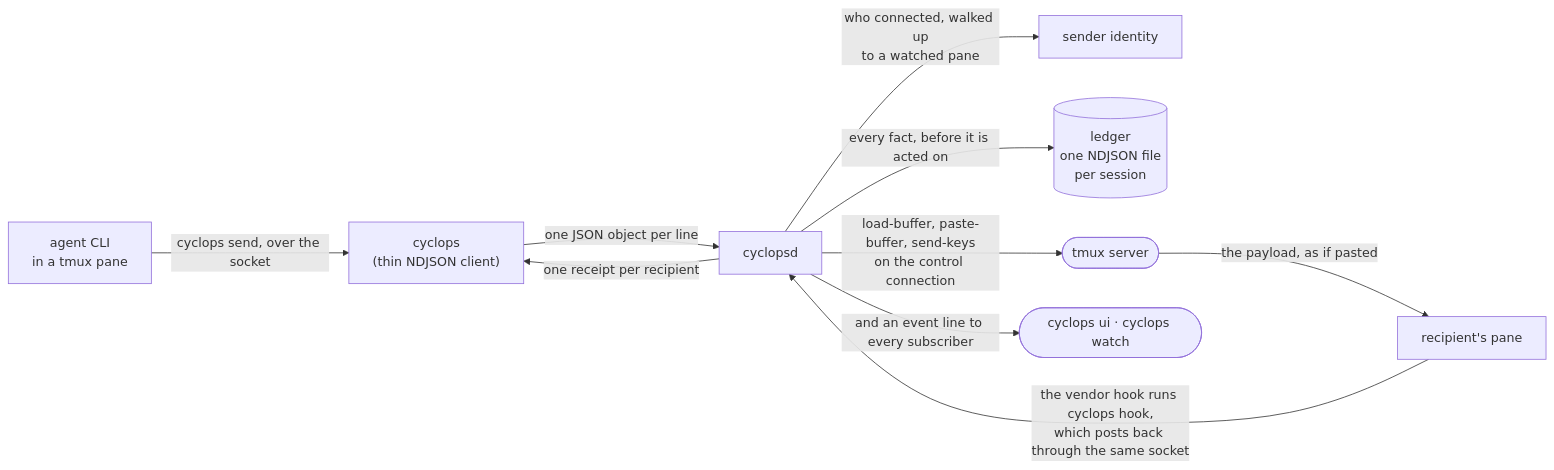
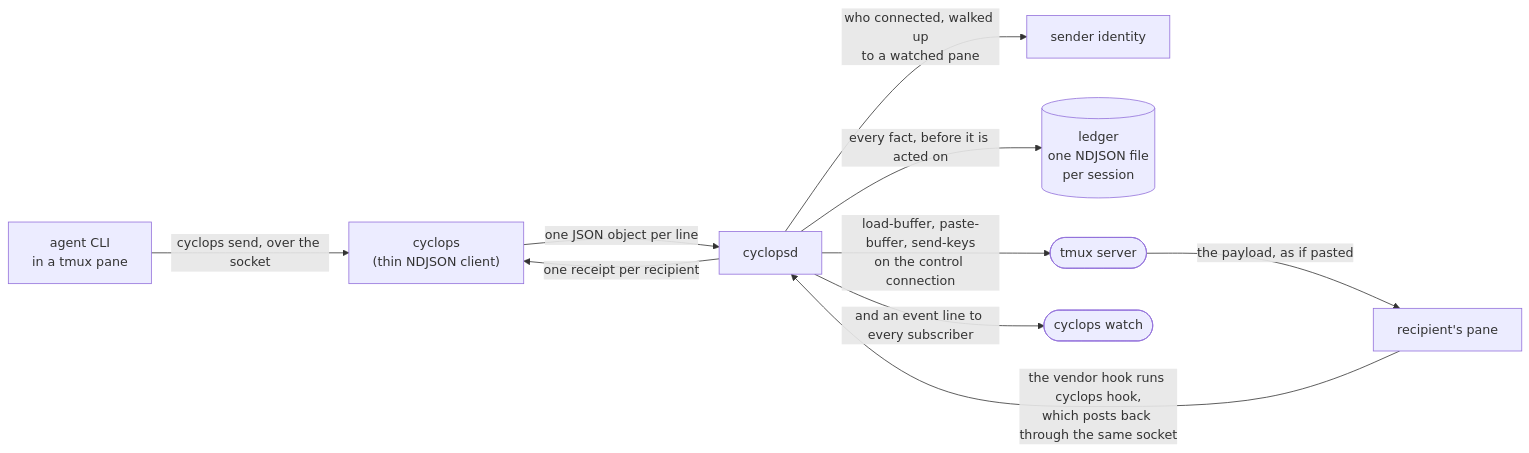
One commit to cyclops-team/cyclops changed the first of 10 diagrams in docs/ARCHITECTURE.md. Above: the diagram before and after it, drawn with Mermaid. The commit also changed other lines of this file and 7 other files, not shown here.

First line of the commit message:
docs: cyclops watch is the verb; ui is history

````diff
--- a/docs/ARCHITECTURE.md
+++ b/docs/ARCHITECTURE.md
@@ -18,12 +18,12 @@
 ```mermaid
 flowchart LR
     A["agent CLI<br/>in a tmux pane"] -->|"cyclops send, over the socket"| C["cyclops<br/>(thin NDJSON client)"]
     C -->|"one JSON object per line"| D["cyclopsd"]
     D -->|"who connected, walked up<br/>to a watched pane"| I["sender identity"]
     D -->|"every fact, before it is acted on"| L[("ledger<br/>one NDJSON file<br/>per session")]
     D -->|"load-buffer, paste-buffer, send-keys<br/>on the control connection"| T(["tmux server"])
     T -->|"the payload, as if pasted"| B["recipient's pane"]
     B -->|"the vendor hook runs cyclops hook,<br/>which posts back through the same socket"| D
     D -->|"one receipt per recipient"| C
-    D -->|"and an event line to every subscriber"| S(["cyclops ui · cyclops watch"])
+    D -->|"and an event line to every subscriber"| S(["cyclops watch"])
 ```
````
